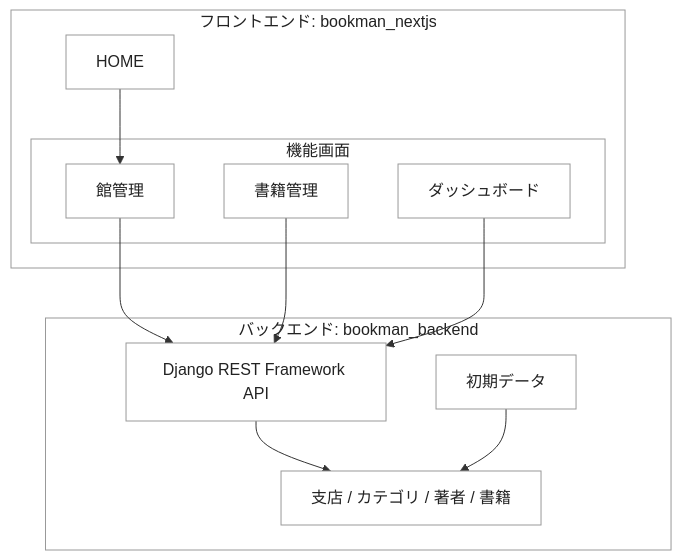
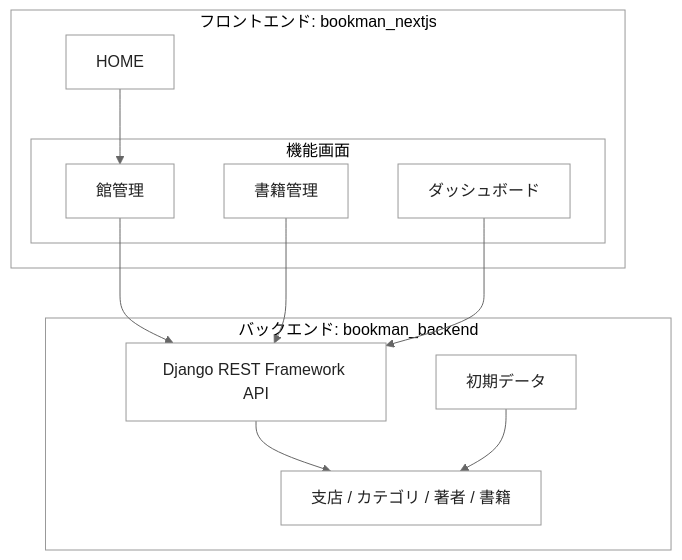
Before and after one commit to duri0214/portfolio: the diagram in docs/qiita/bookman_drf_nextjs.md, drawn with Mermaid.

Commit message:
872 Set Mermaid default diagram colors

````diff
--- a/docs/qiita/bookman_drf_nextjs.md
+++ b/docs/qiita/bookman_drf_nextjs.md
@@ -36,27 +36,27 @@
 ```mermaid
+%%{init: {'theme': 'base', 'themeVariables': {'primaryColor': '#ffffff', 'primaryTextColor': '#222222', 'primaryBorderColor': '#999999', 'lineColor': '#666666', 'clusterBkg': '#ffffff', 'clusterBorder': '#999999', 'secondaryColor': '#ffffff', 'tertiaryColor': '#ffffff'}}}%%
 graph TB
   subgraph frontend[フロントエンド: bookman_nextjs]
     home[HOME]
     subgraph screens[機能画面]
       branch[館管理]
       bookScreen[書籍管理]
       dashboard[ダッシュボード]
     end
   end
 
   subgraph backend[バックエンド: bookman_backend]
     drf[Django REST Framework API]
     models[支店 / カテゴリ / 著者 / 書籍]
     fixtures[初期データ]
   end
 
   home --> branch
   branch --> drf
   bookScreen --> drf
   dashboard --> drf
   drf --> models
   fixtures --> models
 
-  classDef plain fill:#ffffff,stroke:#999999,stroke-width:1px,color:#222222
-  class frontend,screens,backend,home,branch,bookScreen,dashboard,drf,models,fixtures plain
+  classDef default fill:#ffffff,stroke:#999999,stroke-width:1px,color:#222222;
 ```
````
